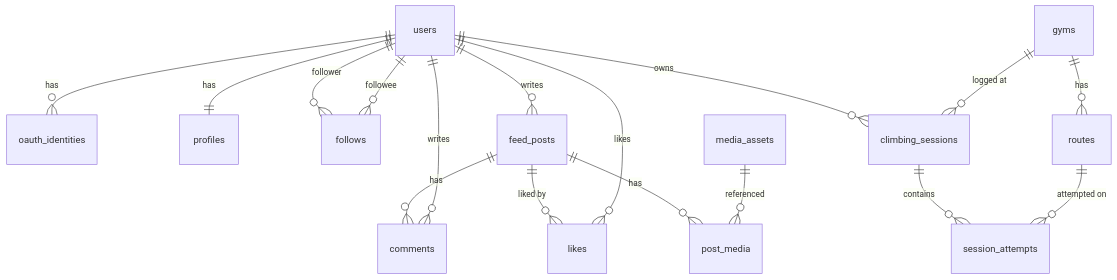
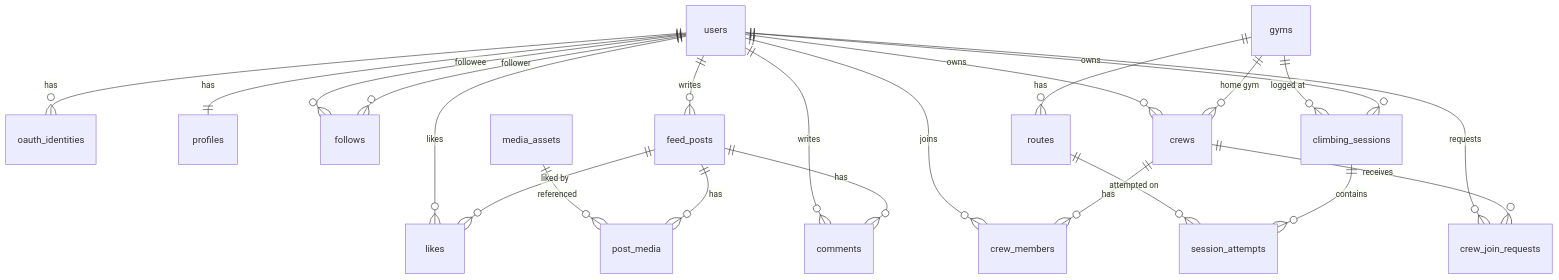
Before and after one commit to theo-ooooo/crimp: the diagram in docs/설계/db-schema.md, drawn with Mermaid. The commit also changed other lines of this file and 29 other files, not shown here.

````diff
--- a/docs/설계/db-schema.md
+++ b/docs/설계/db-schema.md
@@ -21,19 +21,25 @@
 ```mermaid
 erDiagram
     users ||--o{ oauth_identities : has
     users ||--|| profiles : has
     users ||--o{ follows : follower
     users ||--o{ follows : followee
     users ||--o{ climbing_sessions : owns
     climbing_sessions ||--o{ session_attempts : contains
     gyms ||--o{ routes : has
     gyms ||--o{ climbing_sessions : "logged at"
     routes ||--o{ session_attempts : "attempted on"
     users ||--o{ feed_posts : writes
     feed_posts ||--o{ post_media : has
     feed_posts ||--o{ likes : "liked by"
     feed_posts ||--o{ comments : has
     users ||--o{ likes : likes
     users ||--o{ comments : writes
     media_assets ||--o{ post_media : referenced
+    gyms ||--o{ crews : "home gym"
+    users ||--o{ crews : owns
+    crews ||--o{ crew_members : has
+    users ||--o{ crew_members : joins
+    crews ||--o{ crew_join_requests : receives
+    users ||--o{ crew_join_requests : requests
 ```
````
